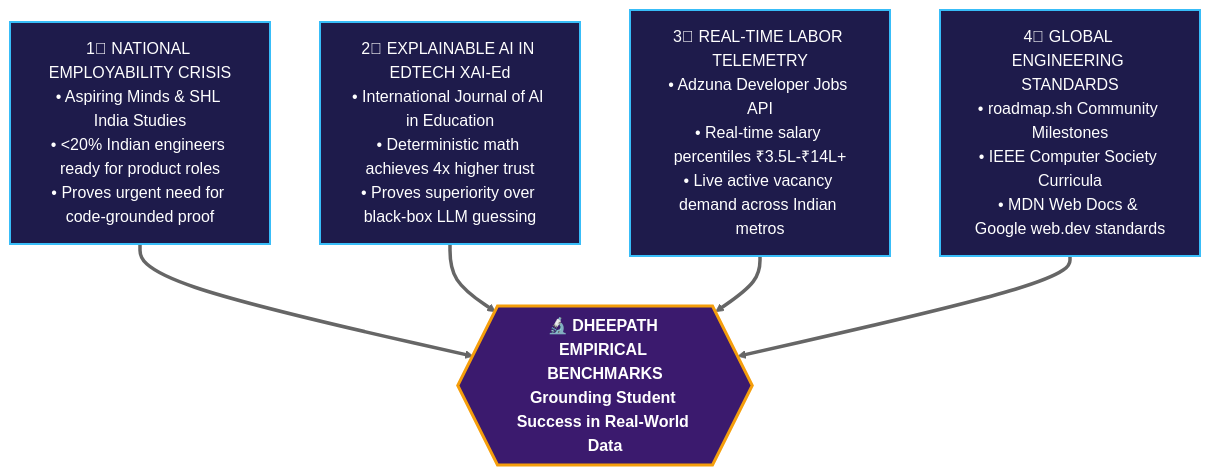
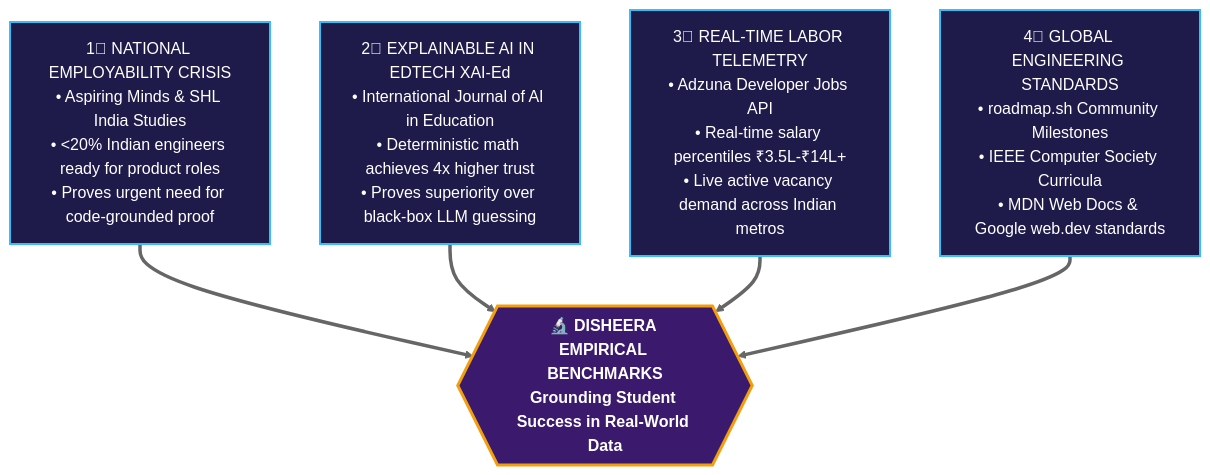
Before and after one commit to parthpatil1234p-svg/disheera: the sixth of 6 diagrams in HACK2IGNITE_2026_IDEA_PPT_SUBMISSION.md, drawn with Mermaid (neutral theme). The commit also changed other lines of this file and 30 other files, not shown here.

````diff
--- a/HACK2IGNITE_2026_IDEA_PPT_SUBMISSION.md
+++ b/HACK2IGNITE_2026_IDEA_PPT_SUBMISSION.md
@@ -400,17 +400,17 @@
 ```mermaid
 flowchart TD
     classDef vector fill:#1E1B4B,stroke:#38BDF8,stroke-width:2px,color:#FFFFFF;
     classDef core fill:#3B1A6E,stroke:#F59E0B,stroke-width:3px,color:#FFFFFF,font-weight:bold;
 
-    CORE{{🔬 DHEEPATH EMPIRICAL BENCHMARKS<br/>Grounding Student Success in Real-World Data}}:::core
+    CORE{{🔬 DISHEERA EMPIRICAL BENCHMARKS<br/>Grounding Student Success in Real-World Data}}:::core
 
     V1[1⃣ NATIONAL EMPLOYABILITY CRISIS<br/>• Aspiring Minds &amp; SHL India Studies<br/>• &lt;20% Indian engineers ready for product roles<br/>• Proves urgent need for code-grounded proof]:::vector
     V2[2⃣ EXPLAINABLE AI IN EDTECH XAI-Ed<br/>• International Journal of AI in Education<br/>• Deterministic math achieves 4x higher trust<br/>• Proves superiority over black-box LLM guessing]:::vector
     V3[3⃣ REAL-TIME LABOR TELEMETRY<br/>• Adzuna Developer Jobs API<br/>• Real-time salary percentiles ₹3.5L-₹14L+<br/>• Live active vacancy demand across Indian metros]:::vector
     V4[4⃣ GLOBAL ENGINEERING STANDARDS<br/>• roadmap.sh Community Milestones<br/>• IEEE Computer Society Curricula<br/>• MDN Web Docs &amp; Google web.dev standards]:::vector
 
     V1 ==> CORE
     V2 ==> CORE
     V3 ==> CORE
     V4 ==> CORE
 ```
````
